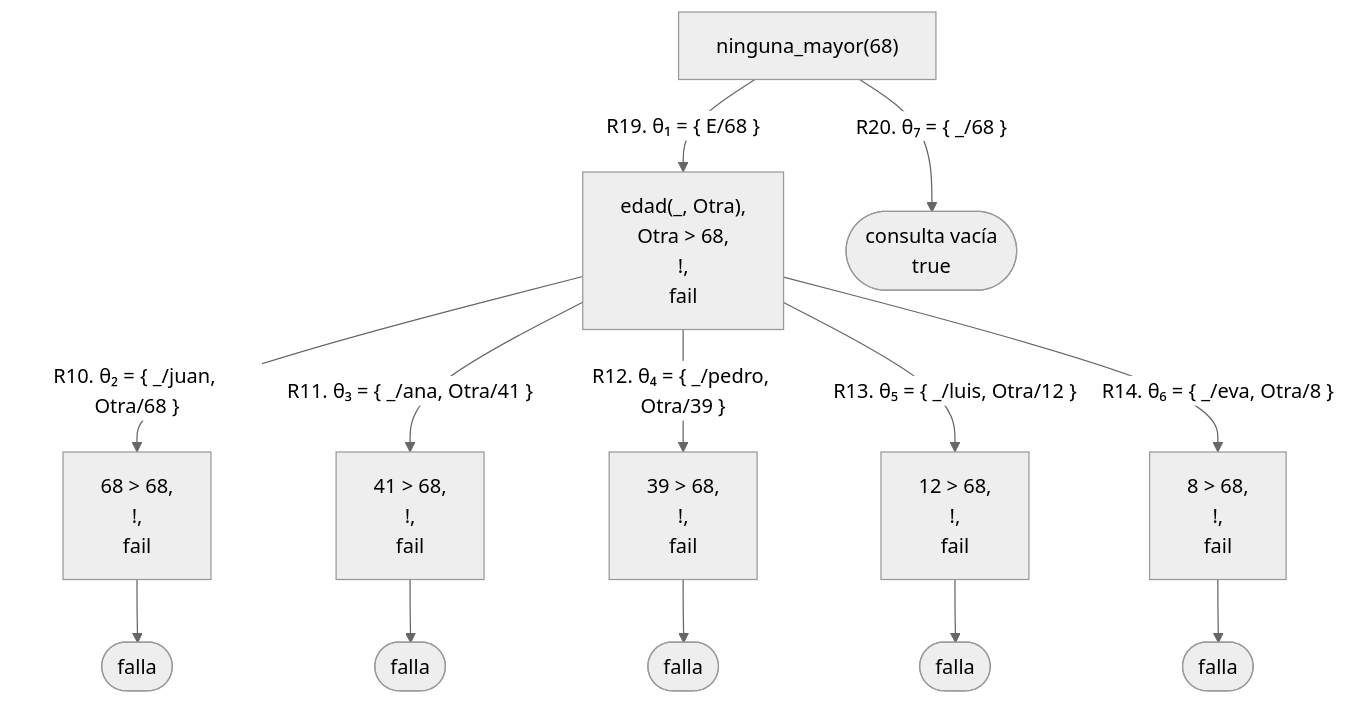
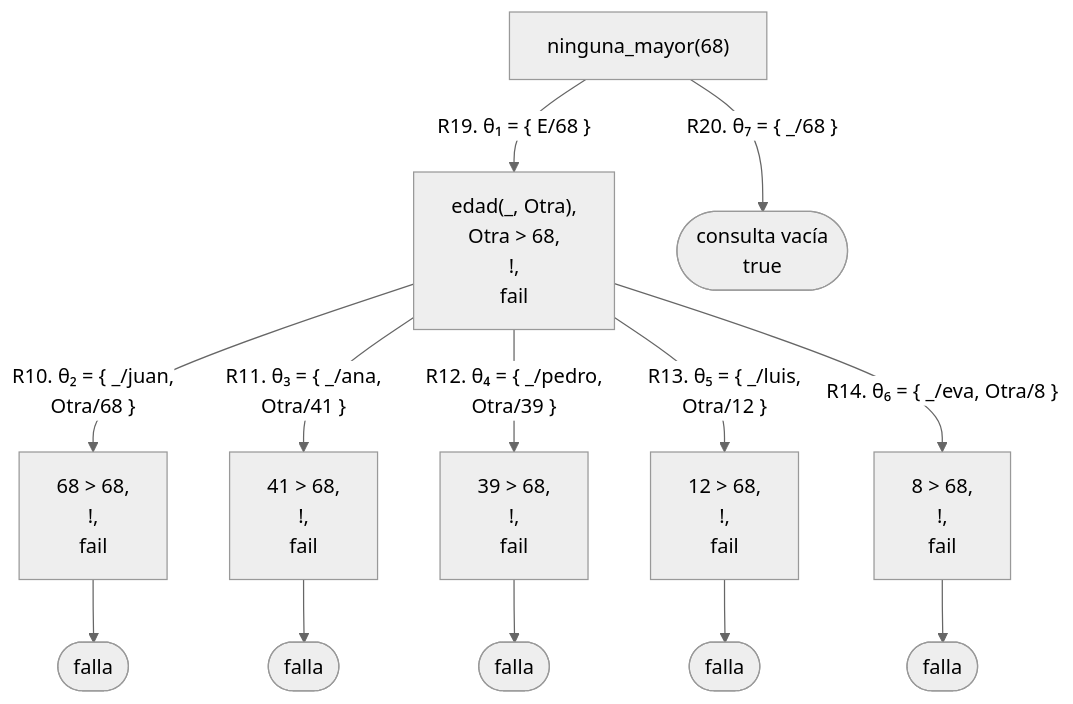
Before and after one commit to CesarBallardini/curso-de-prolog: the eighth of 8 diagrams in docs/capitulo-10-negacion-como-falla/index.md, drawn with Mermaid (neutral theme). The commit also changed other lines of this file and 24 other files, not shown here.

First line of the commit message:
feat(docs): botones para ocultar las columnas laterales y etiquetas cortas en los diagramas

````diff
--- a/docs/capitulo-10-negacion-como-falla/index.md
+++ b/docs/capitulo-10-negacion-como-falla/index.md
@@ -793,15 +793,15 @@
 ```mermaid
 flowchart TD
     A["ninguna_mayor(68)"] -- "R19. θ₁ = {&nbsp;E/68&nbsp;}" --> B["edad(_, Otra),<br/>Otra > 68,<br/>!,<br/>fail"]
-    B -- "R10. θ₂ = {&nbsp;_/juan, Otra/68&nbsp;}" --> C1["68 > 68,<br/>!,<br/>fail"]
+    B -- "R10. θ₂ = {&nbsp;_/juan,<br/>Otra/68&nbsp;}" --> C1["68 > 68,<br/>!,<br/>fail"]
     C1 --> F1(["falla"])
-    B -- "R11. θ₃ = {&nbsp;_/ana, Otra/41&nbsp;}" --> C2["41 > 68,<br/>!,<br/>fail"]
+    B -- "R11. θ₃ = {&nbsp;_/ana,<br/>Otra/41&nbsp;}" --> C2["41 > 68,<br/>!,<br/>fail"]
     C2 --> F2(["falla"])
-    B -- "R12. θ₄ = {&nbsp;_/pedro, Otra/39&nbsp;}" --> C3["39 > 68,<br/>!,<br/>fail"]
+    B -- "R12. θ₄ = {&nbsp;_/pedro,<br/>Otra/39&nbsp;}" --> C3["39 > 68,<br/>!,<br/>fail"]
     C3 --> F3(["falla"])
-    B -- "R13. θ₅ = {&nbsp;_/luis, Otra/12&nbsp;}" --> C4["12 > 68,<br/>!,<br/>fail"]
+    B -- "R13. θ₅ = {&nbsp;_/luis,<br/>Otra/12&nbsp;}" --> C4["12 > 68,<br/>!,<br/>fail"]
     C4 --> F4(["falla"])
     B -- "R14. θ₆ = {&nbsp;_/eva, Otra/8&nbsp;}" --> C5["8 > 68,<br/>!,<br/>fail"]
     C5 --> F5(["falla"])
     A -- "R20. θ₇ = {&nbsp;_/68&nbsp;}" --> S(["consulta vacía<br/>true"])
 ```
````
